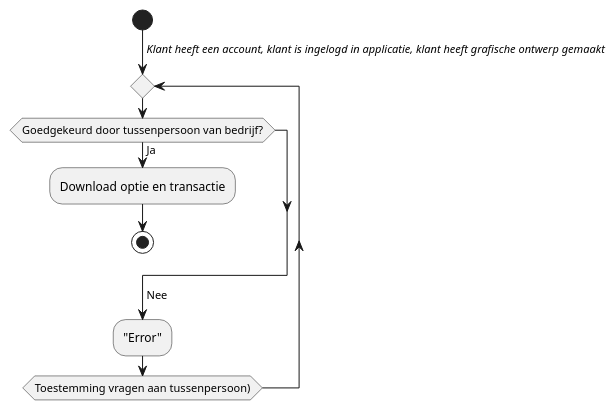
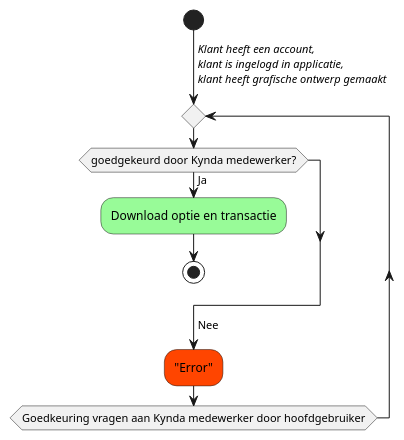
Before and after one commit to NielsPoldervaart/Project-C-Groep-4: the diagram in Diagrams (PlantUml)/SRS FLOWCHARTS/downloadendesignklant.puml, drawn with PlantUML. The commit also changed 8 other files, not shown here.

Commit message:
flowcharts SRS bijgewerkt en toegevoegd

```diff
--- a/Diagrams (PlantUml)/SRS FLOWCHARTS/downloadendesignklant.puml
+++ b/Diagrams (PlantUml)/SRS FLOWCHARTS/downloadendesignklant.puml
@@ -1,12 +1,14 @@
 @startuml activity diagram downloaden grafisch product
 start
-->//Klant heeft een account, klant is ingelogd in applicatie, klant heeft grafische ontwerp gemaakt//;
+->//Klant heeft een account,//
+//klant is ingelogd in applicatie,//
+//klant heeft grafische ontwerp gemaakt//;
 repeat
-        if (Goedgekeurd door tussenpersoon van bedrijf?) then(Ja)
-            :Download optie en transactie;
+        if (goedgekeurd door Kynda medewerker?) then(Ja)
+            #palegreen:Download optie en transactie;
             stop
         endif
         ->Nee;
-        :"Error";
-repeat while (Toestemming vragen aan tussenpersoon))
+        #orangered:"Error";
+repeat while (Goedkeuring vragen aan Kynda medewerker door hoofdgebruiker)
 @enduml
```
